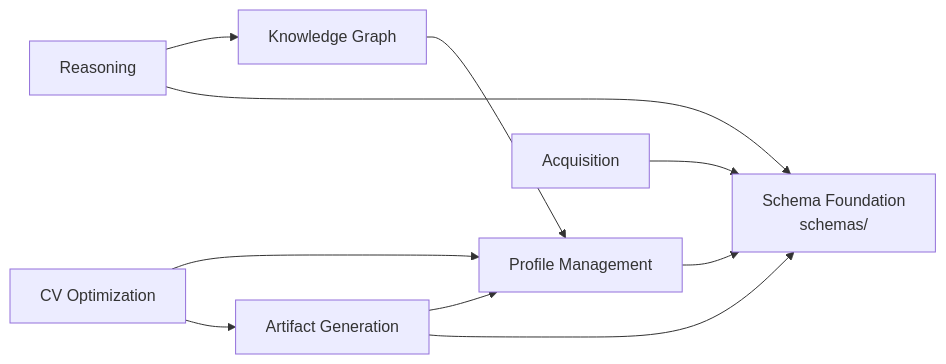
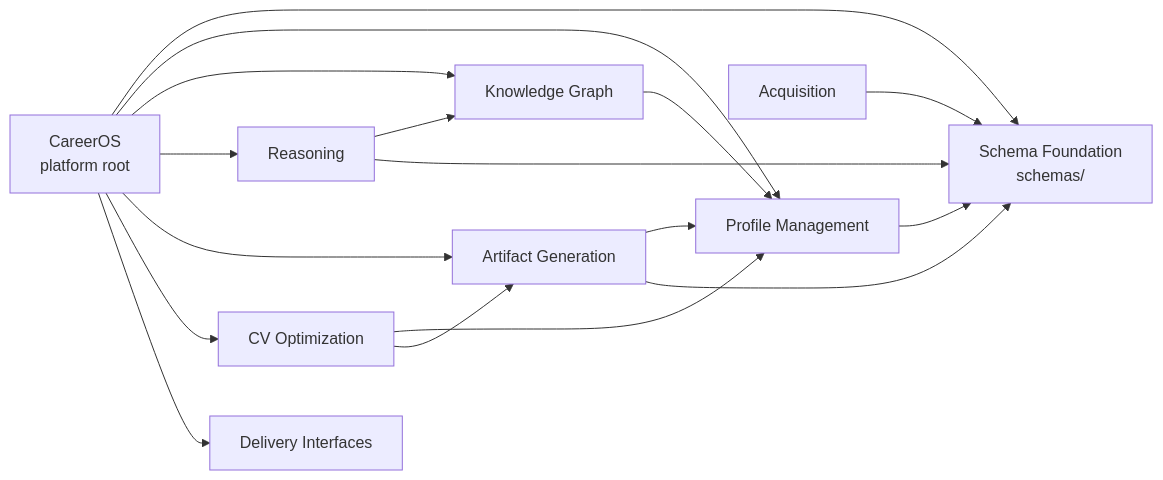
Before and after one commit to raulgong66/career-OS: the diagram in docs/architecture/02-domain-map.md, drawn with Mermaid. The commit also changed other lines of this file and 6 other files, not shown here.

````diff
--- a/docs/architecture/02-domain-map.md
+++ b/docs/architecture/02-domain-map.md
@@ -90,20 +98,29 @@
 ```mermaid
 graph LR
     Schema["Schema Foundation<br/>schemas/"]
     Profile["Profile Management"]
     KG["Knowledge Graph"]
     Reasoning["Reasoning"]
     Gen["Artifact Generation"]
     Opt["CV Optimization"]
     Acq["Acquisition"]
+    CareerOS["CareerOS<br/>platform root"]
+    Delivery["Delivery Interfaces"]
 
     Profile --> Schema
     KG --> Profile
     Reasoning --> KG
     Reasoning --> Schema
     Gen --> Profile
     Gen --> Schema
     Opt --> Profile
     Opt --> Gen
     Acq --> Schema
+    CareerOS --> Schema
+    CareerOS --> Profile
+    CareerOS --> KG
+    CareerOS --> Reasoning
+    CareerOS --> Gen
+    CareerOS --> Opt
+    CareerOS --> Delivery
 ```
````
